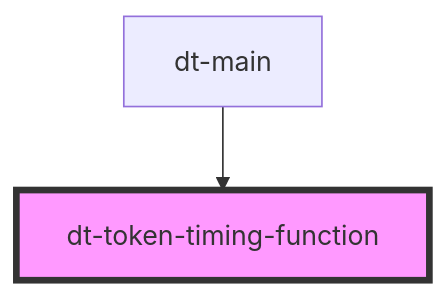
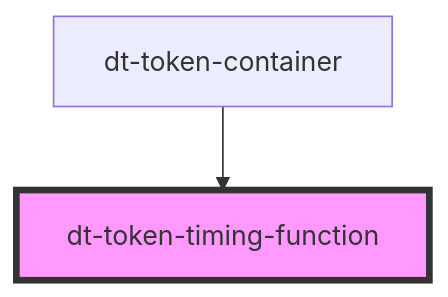
Before and after one commit to genexuslabs/design-tokens-editor: the diagram in src/components/token-timing-function/readme.md, drawn with Mermaid. The commit also changed other lines of this file and 33 other files, not shown here.

Commit message:
finish token-container code

````diff
--- a/src/components/token-timing-function/readme.md
+++ b/src/components/token-timing-function/readme.md
@@ -22,5 +22,5 @@
 ```mermaid
 graph TD;
-  dt-main --> dt-token-timing-function
+  dt-token-container --> dt-token-timing-function
   style dt-token-timing-function fill:#f9f,stroke:#333,stroke-width:4px
 ```
````
